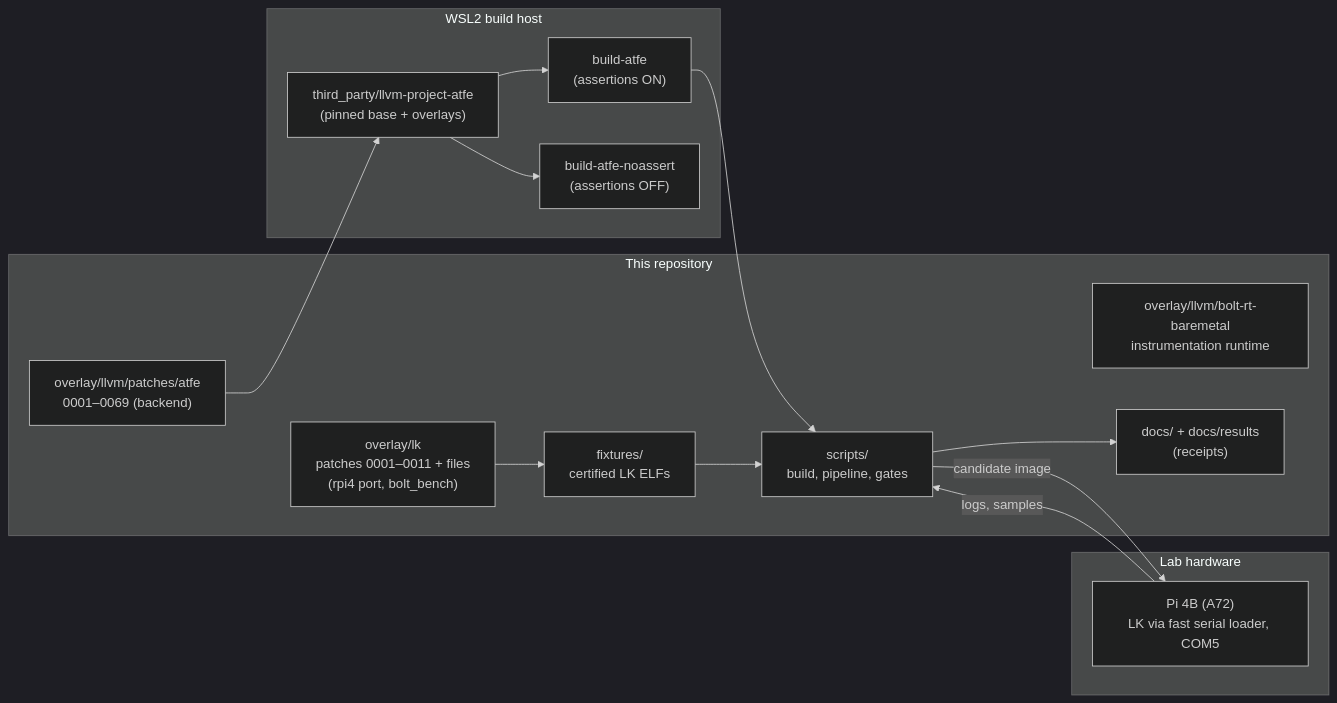
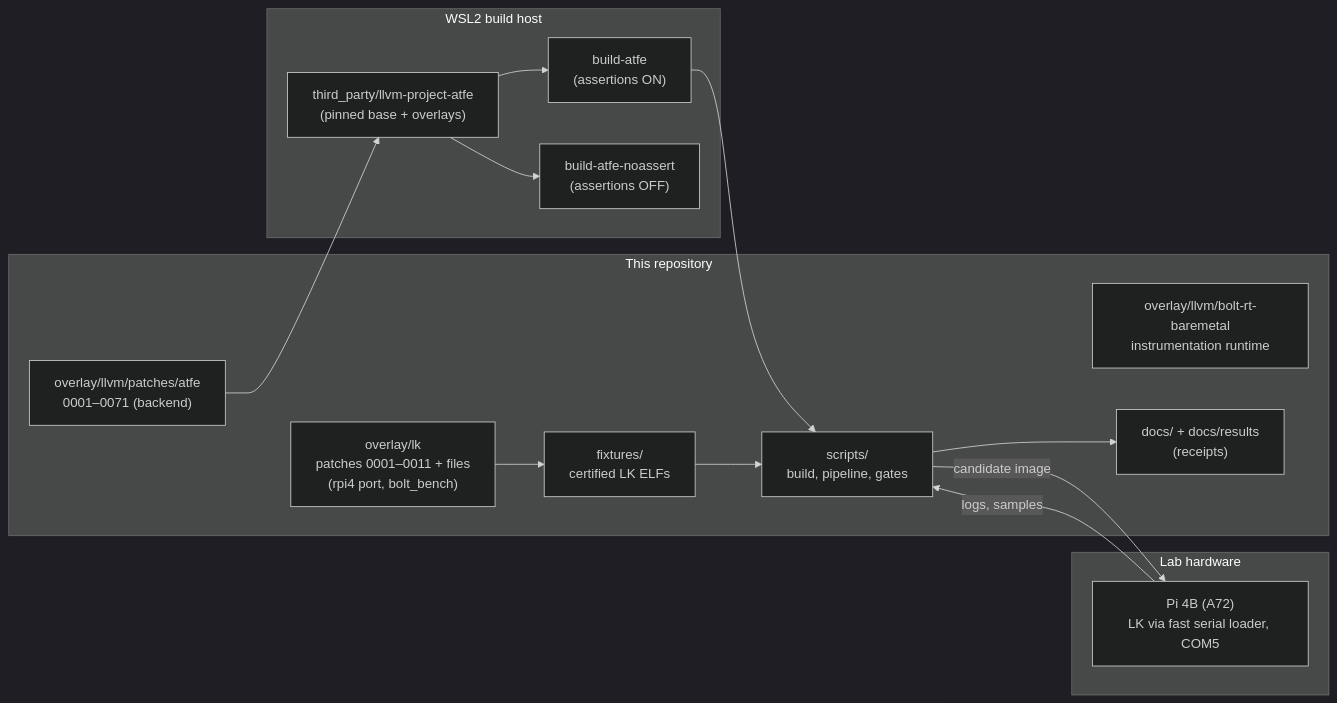
The first of 5 diagrams in docs/AARCH32_BACKEND_ARCHITECTURE.md (shadowfax80/bolt-aarch32), drawn with Mermaid (dark theme) before and after one commit. The commit also changed other lines of this file and 9 other files, not shown here.

````diff
--- a/docs/AARCH32_BACKEND_ARCHITECTURE.md
+++ b/docs/AARCH32_BACKEND_ARCHITECTURE.md
@@ -42,26 +42,26 @@
 ```mermaid
 flowchart LR
   subgraph repo["This repository"]
-    OV["overlay/llvm/patches/atfe<br/>0001–0069 (backend)"]
+    OV["overlay/llvm/patches/atfe<br/>0001–0071 (backend)"]
     LKOV["overlay/lk<br/>patches 0001–0011 + files<br/>(rpi4 port, bolt_bench)"]
     RT["overlay/llvm/bolt-rt-baremetal<br/>instrumentation runtime"]
     SC["scripts/<br/>build, pipeline, gates"]
     DOC["docs/ + docs/results<br/>(receipts)"]
     FX["fixtures/<br/>certified LK ELFs"]
   end
   subgraph wsl["WSL2 build host"]
     LIVE["third_party/llvm-project-atfe<br/>(pinned base + overlays)"]
     ON["build-atfe<br/>(assertions ON)"]
     OFF["build-atfe-noassert<br/>(assertions OFF)"]
   end
   subgraph hw["Lab hardware"]
     PI["Pi 4B (A72)<br/>LK via fast serial loader, COM5"]
   end
   OV --> LIVE --> ON & OFF
   ON --> SC
   SC -->|candidate image| PI
   PI -->|logs, samples| SC
   SC --> DOC
   FX --> SC
   LKOV --> FX
 ```
````
